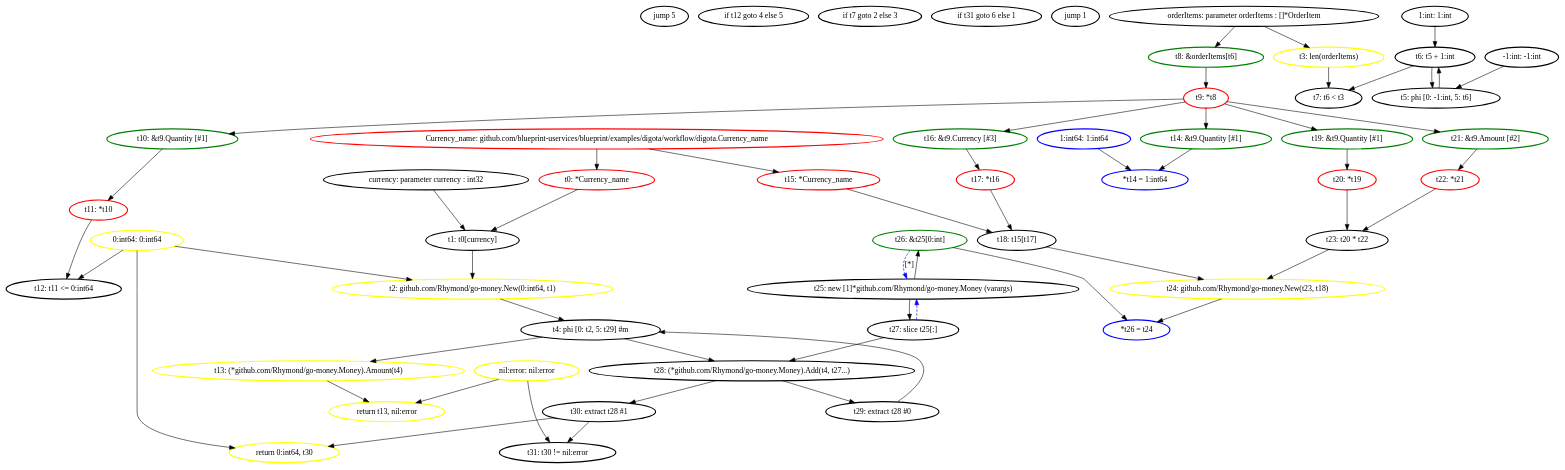
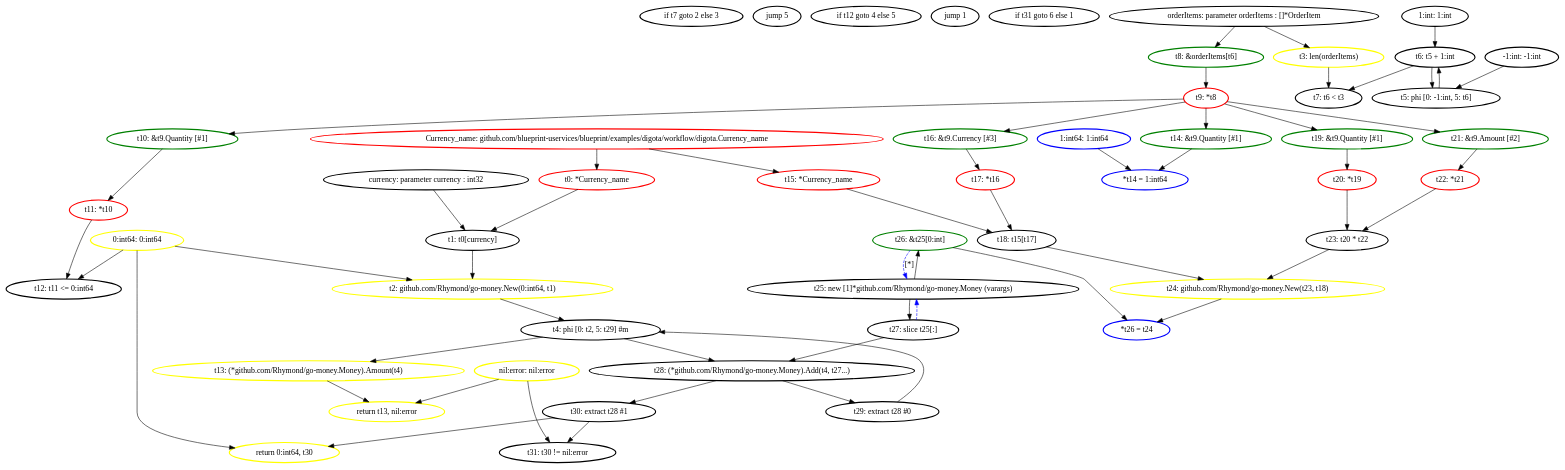
The diagram in ssa_analysis/analyzer/output/digota/ssagraphs/digota.calculateTotal.dot (aletheia-microservices/aletheia), drawn with Graphviz before and after one commit. The commit also changed 185 other files, not shown here.

```diff
--- a/ssa_analysis/analyzer/output/digota/ssagraphs/digota.calculateTotal.dot
+++ b/ssa_analysis/analyzer/output/digota/ssagraphs/digota.calculateTotal.dot
@@ -1,114 +1,114 @@
 digraph G {
 	rankdir=TD;
-	N_instr__1179820861 [label="jump 5", style=bold, shape=ellipse, color="black"];
-	N_instr__1179820861 [label="jump 5", style=bold, shape=ellipse, color="black"];
-	N_instr__14582704 [label="if t12 goto 4 else 5", style=bold, shape=ellipse, color="black"];
-	N_instr__14582704 [label="if t12 goto 4 else 5", style=bold, shape=ellipse, color="black"];
-	N_instr__1703783482 [label="if t7 goto 2 else 3", style=bold, shape=ellipse, color="black"];
-	N_instr__1703783482 [label="if t7 goto 2 else 3", style=bold, shape=ellipse, color="black"];
-	N_instr__723644936 [label="if t31 goto 6 else 1", style=bold, shape=ellipse, color="black"];
-	N_instr__723644936 [label="if t31 goto 6 else 1", style=bold, shape=ellipse, color="black"];
-	N_instr__973585539 [label="jump 1", style=bold, shape=ellipse, color="black"];
-	N_instr__973585539 [label="jump 1", style=bold, shape=ellipse, color="black"];
+	N_instr__1135862912 [label="if t7 goto 2 else 3", style=bold, shape=ellipse, color="black"];
+	N_instr__1135862912 [label="if t7 goto 2 else 3", style=bold, shape=ellipse, color="black"];
+	N_instr__2141121597 [label="jump 5", style=bold, shape=ellipse, color="black"];
+	N_instr__2141121597 [label="jump 5", style=bold, shape=ellipse, color="black"];
+	N_instr__444605353 [label="if t12 goto 4 else 5", style=bold, shape=ellipse, color="black"];
+	N_instr__444605353 [label="if t12 goto 4 else 5", style=bold, shape=ellipse, color="black"];
+	N_instr__749945419 [label="jump 1", style=bold, shape=ellipse, color="black"];
+	N_instr__749945419 [label="jump 1", style=bold, shape=ellipse, color="black"];
+	N_instr__785381184 [label="if t31 goto 6 else 1", style=bold, shape=ellipse, color="black"];
+	N_instr__785381184 [label="if t31 goto 6 else 1", style=bold, shape=ellipse, color="black"];
 	N_instr_ret_40161 [label="return 0:int64, t30", style=bold, shape=ellipse, color="yellow"];
 	N_instr_ret_40161 [label="return 0:int64, t30", style=bold, shape=ellipse, color="yellow"];
 	N_instr_ret_40183 [label="return t13, nil:error", style=bold, shape=ellipse, color="yellow"];
 	N_instr_ret_40183 [label="return t13, nil:error", style=bold, shape=ellipse, color="yellow"];
 	N_instr_store_40003 [label="*t14 = 1:int64", style=bold, shape=ellipse, color="blue"];
 	N_instr_store_40003 [label="*t14 = 1:int64", style=bold, shape=ellipse, color="blue"];
 	N_instr_store_40100 [label="*t26 = t24", style=bold, shape=ellipse, color="blue"];
 	N_instr_store_40100 [label="*t26 = t24", style=bold, shape=ellipse, color="blue"];
-	N_nil_493183148 [label="nil:error: nil:error", style=bold, shape=ellipse, color="yellow"];
+	N_nil_132077313 [label="nil:error: nil:error", style=bold, shape=ellipse, color="yellow"];
 	N_val__1_int [label="-1:int: -1:int", style=bold, shape=ellipse, color="black"];
 	N_val_0_int64 [label="0:int64: 0:int64", style=bold, shape=ellipse, color="yellow"];
 	N_val_1_int [label="1:int: 1:int", style=bold, shape=ellipse, color="black"];
 	N_val_1_int64 [label="1:int64: 1:int64", style=bold, shape=ellipse, color="blue"];
 	N_val__39890 [label="t1: t0[currency]", style=bold, shape=ellipse, color="black"];
 	N_val__40054 [label="t18: t15[t17]", style=bold, shape=ellipse, color="black"];
 	N_val_alloc_40138 [label="t25: new [1]*github.com/Rhymond/go-money.Money (varargs)", style=bold, shape=ellipse, color="black"];
 	N_val_binary_39991 [label="t12: t11 <= 0:int64", style=bold, shape=ellipse, color="black"];
 	N_val_binary_40111 [label="t23: t20 * t22", style=bold, shape=ellipse, color="black"];
 	N_val_binary_40149 [label="t31: t30 != nil:error", style=bold, shape=ellipse, color="black"];
 	N_val_binaryt6 [label="t6: t5 + 1:int", style=bold, shape=ellipse, color="black"];
 	N_val_binaryt7 [label="t7: t6 < t3", style=bold, shape=ellipse, color="black"];
 	N_val_call_39923 [label="t2: github.com/Rhymond/go-money.New(0:int64, t1)", style=bold, shape=ellipse, color="yellow"];
 	N_val_call_40090 [label="t28: (*github.com/Rhymond/go-money.Money).Add(t4, t27...)", style=bold, shape=ellipse, color="black"];
 	N_val_call_40100 [label="t24: github.com/Rhymond/go-money.New(t23, t18)", style=bold, shape=ellipse, color="yellow"];
 	N_val_call_40198 [label="t13: (*github.com/Rhymond/go-money.Money).Amount(t4)", style=bold, shape=ellipse, color="yellow"];
 	N_val_callt3 [label="t3: len(orderItems)", style=bold, shape=ellipse, color="yellow"];
 	N_val_extrt29 [label="t29: extract t28 #0", style=bold, shape=ellipse, color="black"];
 	N_val_extrt30 [label="t30: extract t28 #1", style=bold, shape=ellipse, color="black"];
 	N_val_field_39982 [label="t10: &t9.Quantity [#1]", style=bold, shape=ellipse, color="green"];
 	N_val_field_40003 [label="t14: &t9.Quantity [#1]", style=bold, shape=ellipse, color="green"];
 	N_val_field_40063 [label="t16: &t9.Currency [#3]", style=bold, shape=ellipse, color="green"];
 	N_val_field_40103 [label="t19: &t9.Quantity [#1]", style=bold, shape=ellipse, color="green"];
 	N_val_field_40114 [label="t21: &t9.Amount [#2]", style=bold, shape=ellipse, color="green"];
-	N_val_glob_17845 [label="Currency_name: github.com/blueprint-uservices/blueprint/examples/digota/workflow/digota.Currency_name", style=bold, shape=ellipse, color="red"];
+	N_val_glob_18710 [label="Currency_name: github.com/blueprint-uservices/blueprint/examples/digota/workflow/digota.Currency_name", style=bold, shape=ellipse, color="red"];
 	N_val_index_39962 [label="t8: &orderItems[t6]", style=bold, shape=ellipse, color="green"];
 	N_val_indext26 [label="t26: &t25[0:int]", style=bold, shape=ellipse, color="green"];
 	N_val_param_39785 [label="currency: parameter currency : int32", style=bold, shape=ellipse, color="black"];
 	N_val_param_39801 [label="orderItems: parameter orderItems : []*OrderItem", style=bold, shape=ellipse, color="black"];
 	N_val_phi_39909 [label="t4: phi [0: t2, 5: t29] #m", style=bold, shape=ellipse, color="black"];
 	N_val_phit5 [label="t5: phi [0: -1:int, 5: t6]", style=bold, shape=ellipse, color="black"];
 	N_val_slicet27 [label="t27: slice t25[:]", style=bold, shape=ellipse, color="black"];
 	N_val_unary_39877 [label="t0: *Currency_name", style=bold, shape=ellipse, color="red"];
 	N_val_unary_39982 [label="t11: *t10", style=bold, shape=ellipse, color="red"];
 	N_val_unary_40041 [label="t15: *Currency_name", style=bold, shape=ellipse, color="red"];
 	N_val_unary_40063 [label="t17: *t16", style=bold, shape=ellipse, color="red"];
 	N_val_unary_40103 [label="t20: *t19", style=bold, shape=ellipse, color="red"];
 	N_val_unary_40114 [label="t22: *t21", style=bold, shape=ellipse, color="red"];
 	N_val_unaryt9 [label="t9: *t8", style=bold, shape=ellipse, color="red"];
-	N_val_glob_17845 -> N_val_unary_39877;
+	N_val_glob_18710 -> N_val_unary_39877;
 	N_val_unary_39877 -> N_val__39890;
 	N_val_param_39785 -> N_val__39890;
 	N_val_0_int64 -> N_val_call_39923;
 	N_val__39890 -> N_val_call_39923;
 	N_val_param_39801 -> N_val_callt3;
 	N_val_call_39923 -> N_val_phi_39909;
 	N_val_phi_39909 -> N_val_call_40090;
 	N_val_alloc_40138 -> N_val_slicet27;
 	N_val_slicet27 -> N_val_call_40090;
 	N_val_call_40090 -> N_val_extrt29;
 	N_val_extrt29 -> N_val_phi_39909;
 	N_val__1_int -> N_val_phit5;
 	N_val_phit5 -> N_val_binaryt6;
 	N_val_1_int -> N_val_binaryt6;
 	N_val_binaryt6 -> N_val_phit5;
 	N_val_binaryt6 -> N_val_binaryt7;
 	N_val_callt3 -> N_val_binaryt7;
 	N_val_param_39801 -> N_val_index_39962;
 	N_val_index_39962 -> N_val_unaryt9;
 	N_val_unaryt9 -> N_val_field_39982;
 	N_val_field_39982 -> N_val_unary_39982;
 	N_val_unary_39982 -> N_val_binary_39991;
 	N_val_0_int64 -> N_val_binary_39991;
 	N_val_phi_39909 -> N_val_call_40198;
 	N_val_call_40198 -> N_instr_ret_40183;
-	N_nil_493183148 -> N_instr_ret_40183;
+	N_nil_132077313 -> N_instr_ret_40183;
 	N_val_unaryt9 -> N_val_field_40003;
 	N_val_field_40003 -> N_instr_store_40003;
 	N_val_1_int64 -> N_instr_store_40003;
-	N_val_glob_17845 -> N_val_unary_40041;
+	N_val_glob_18710 -> N_val_unary_40041;
 	N_val_unaryt9 -> N_val_field_40063;
 	N_val_field_40063 -> N_val_unary_40063;
 	N_val_unary_40041 -> N_val__40054;
 	N_val_unary_40063 -> N_val__40054;
 	N_val_unaryt9 -> N_val_field_40103;
 	N_val_field_40103 -> N_val_unary_40103;
 	N_val_unaryt9 -> N_val_field_40114;
 	N_val_field_40114 -> N_val_unary_40114;
 	N_val_unary_40103 -> N_val_binary_40111;
 	N_val_unary_40114 -> N_val_binary_40111;
 	N_val_binary_40111 -> N_val_call_40100;
 	N_val__40054 -> N_val_call_40100;
 	N_val_alloc_40138 -> N_val_indext26;
 	N_val_indext26 -> N_instr_store_40100;
 	N_val_call_40100 -> N_instr_store_40100;
 	N_val_call_40090 -> N_val_extrt30;
 	N_val_extrt30 -> N_val_binary_40149;
-	N_nil_493183148 -> N_val_binary_40149;
+	N_nil_132077313 -> N_val_binary_40149;
 	N_val_0_int64 -> N_instr_ret_40161;
 	N_val_extrt30 -> N_instr_ret_40161;
+	N_val_indext26 -> N_val_alloc_40138 [label="[*]", style=dashed, color=blue];
 	N_val_slicet27 -> N_val_alloc_40138 [label="", style=dashed, color=blue];
-	N_val_indext26 -> N_val_alloc_40138 [label="[*]", style=dashed, color=blue];
 }
```
